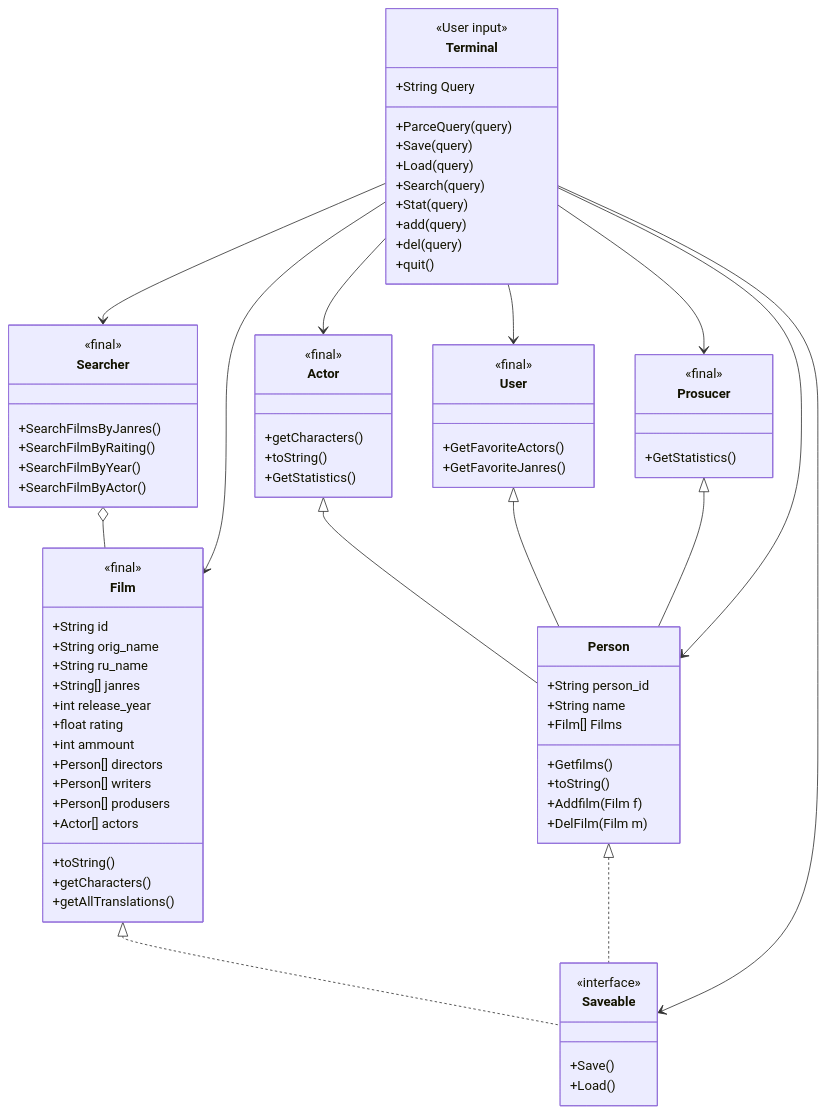
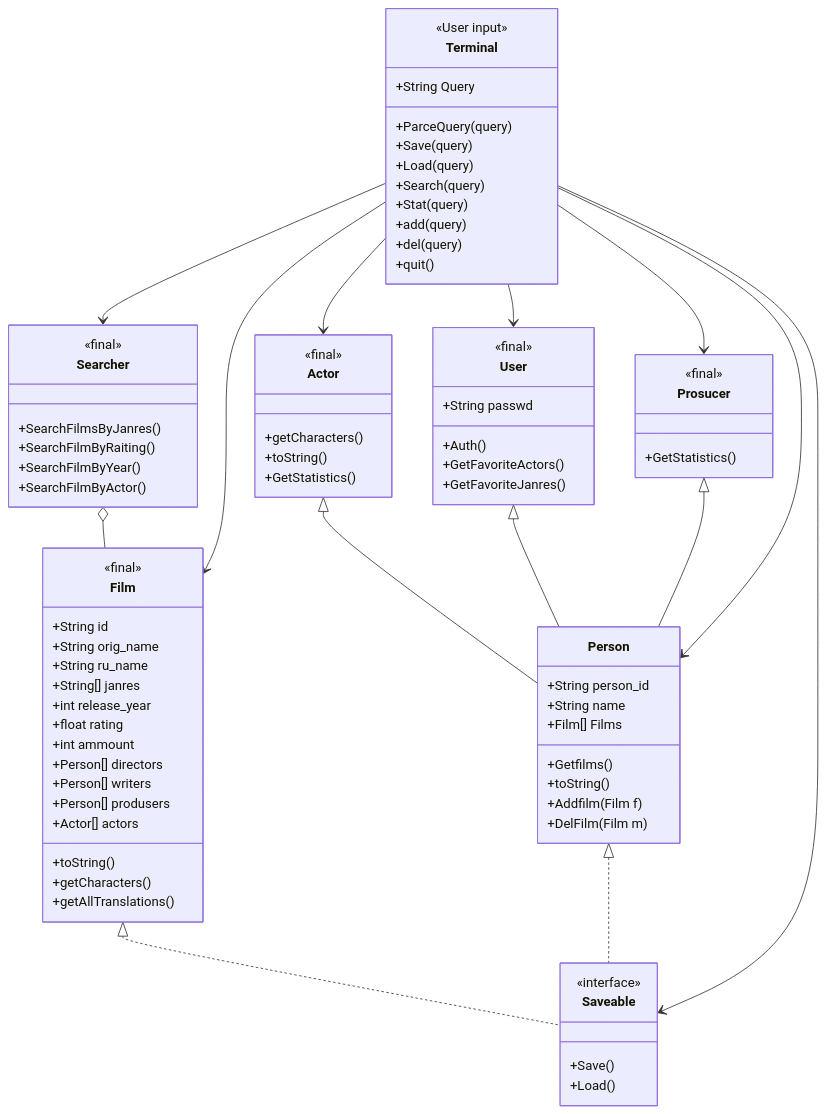
Before and after one commit to mmonastyrskiy/Programming_3_sem: the diagram in Java_OOP/Monastyrskiy/Java_project/docs/structure.md, drawn with Mermaid.

```diff
--- a/Java_OOP/Monastyrskiy/Java_project/docs/structure.md
+++ b/Java_OOP/Monastyrskiy/Java_project/docs/structure.md
@@ -72,6 +72,8 @@
     
     class User {
     <<final>>
+    +String passwd
+    +Auth()
     +GetFavoriteActors()
     +GetFavoriteJanres()
     
```
